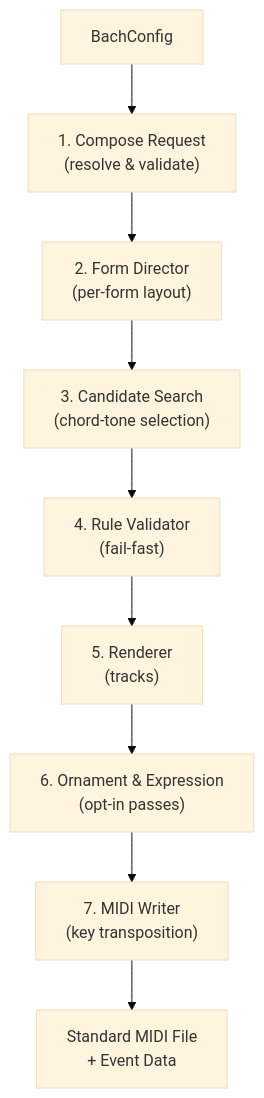
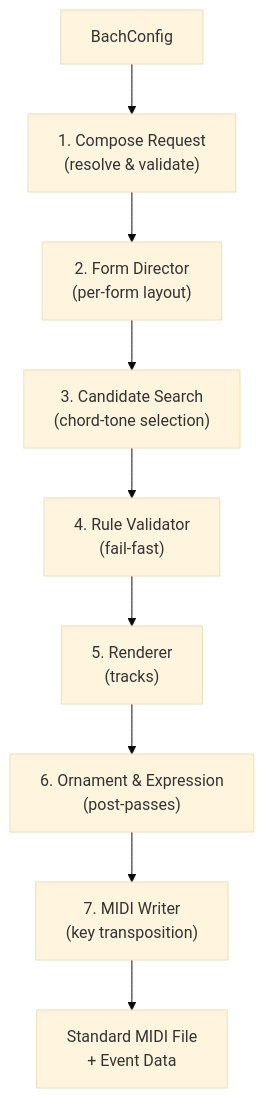
One commit to libraz/midi-sketch-bach-homepage changed the first of 2 diagrams in src/docs/generation-pipeline.md. Above: the diagram before and after it, drawn with Mermaid (base theme). The commit also changed other lines of this file and 90 other files, not shown here.

````diff
--- a/src/docs/generation-pipeline.md
+++ b/src/docs/generation-pipeline.md
@@ -10,11 +14,11 @@
 ```mermaid
 graph TD
     A["BachConfig"] --> B["1. Compose Request<br>(resolve & validate)"]
     B --> C["2. Form Director<br>(per-form layout)"]
     C --> D["3. Candidate Search<br>(chord-tone selection)"]
     D --> E["4. Rule Validator<br>(fail-fast)"]
     E --> F["5. Renderer<br>(tracks)"]
-    F --> G["6. Ornament & Expression<br>(opt-in passes)"]
+    F --> G["6. Ornament & Expression<br>(post-passes)"]
     G --> H["7. MIDI Writer<br>(key transposition)"]
     H --> I["Standard MIDI File<br>+ Event Data"]
 ```
````
